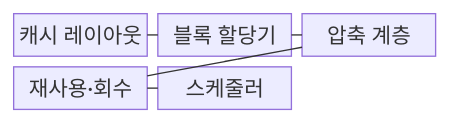
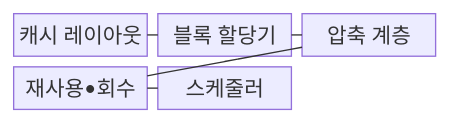
The first of 2 diagrams in src/content/docs/notes/08-latest-tech/044_kv_cache_optimization.md (agnusdei1207/knowledge-base), drawn with Mermaid before and after one commit. The commit also changed other lines of this file and 953 other files, not shown here.

````diff
--- a/src/content/docs/notes/08-latest-tech/044_kv_cache_optimization.md
+++ b/src/content/docs/notes/08-latest-tech/044_kv_cache_optimization.md
@@ -73,13 +73,13 @@
 ```mermaid
 block-beta
     columns 3
     L["캐시 레이아웃"]
     A["블록 할당기"]
     C["압축 계층"]
-    R["재사용·회수"]
+    R["재사용•회수"]
     S["스케줄러"]
     L --- A
     A --- C
     C --- R
     R --- S
 ```
````
